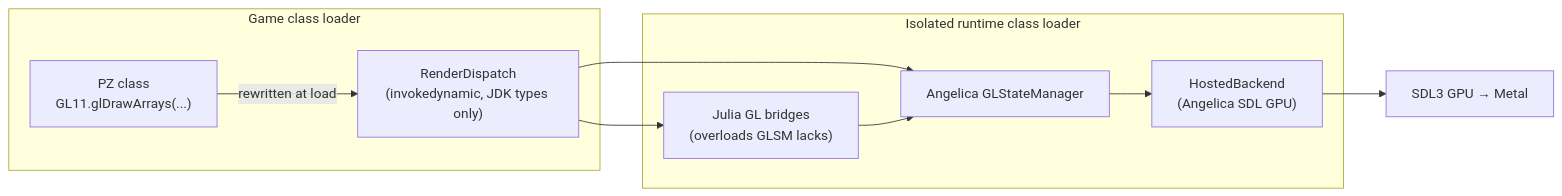
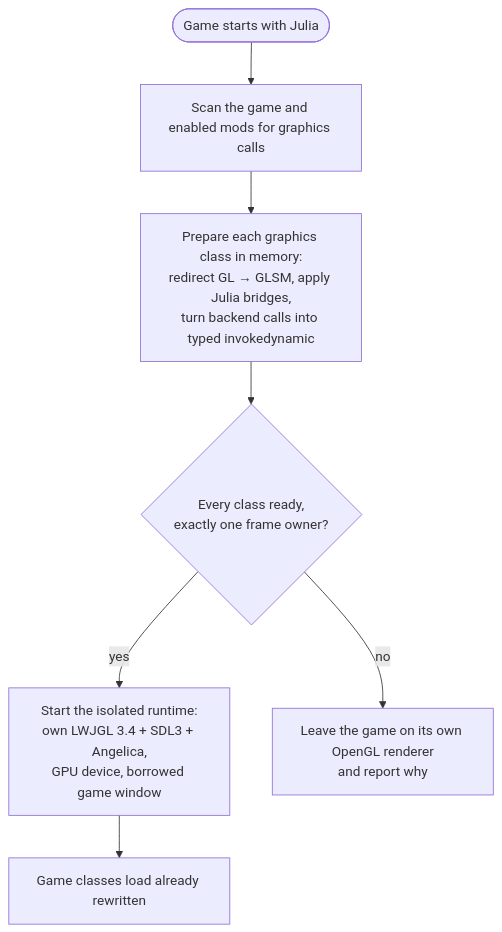
One commit to fopwoc/julia-pz changed the first of 2 diagrams in README.md. Above: the diagram before and after it, drawn with Mermaid. The commit also changed other lines of this file and 1 other file, not shown here.

````diff
--- a/README.md
+++ b/README.md
@@ -20,19 +14,9 @@
 ```mermaid
-flowchart LR
-    subgraph game["Game class loader"]
-        pz["PZ class<br/>GL11.glDrawArrays(...)"]
-        rd["RenderDispatch<br/>(invokedynamic, JDK types only)"]
-    end
-    subgraph isolated["Isolated runtime class loader"]
-        glsm["Angelica GLStateManager"]
-        bridges["Julia GL bridges<br/>(overloads GLSM lacks)"]
-        backend["HostedBackend<br/>(Angelica SDL GPU)"]
-    end
-    gpu["SDL3 GPU → Metal"]
-
-    pz -- "rewritten at load" --> rd
-    rd --> glsm
-    rd --> bridges
-    bridges --> glsm
-    glsm --> backend --> gpu
+flowchart TD
+    start(["Game starts with Julia"]) --> scan["Scan the game and enabled mods for graphics calls"]
+    scan --> prepare["Prepare each graphics class in memory:<br/>redirect GL → GLSM, apply Julia bridges,<br/>turn backend calls into typed invokedynamic"]
+    prepare --> gate{"Every class ready,<br/>exactly one frame owner?"}
+    gate -- yes --> runtime["Start the isolated runtime:<br/>own LWJGL 3.4 + SDL3 + Angelica,<br/>GPU device, borrowed game window"]
+    runtime --> load["Game classes load already rewritten"]
+    gate -- no --> vanilla["Leave the game on its own OpenGL renderer<br/>and report why"]
 ```
````
